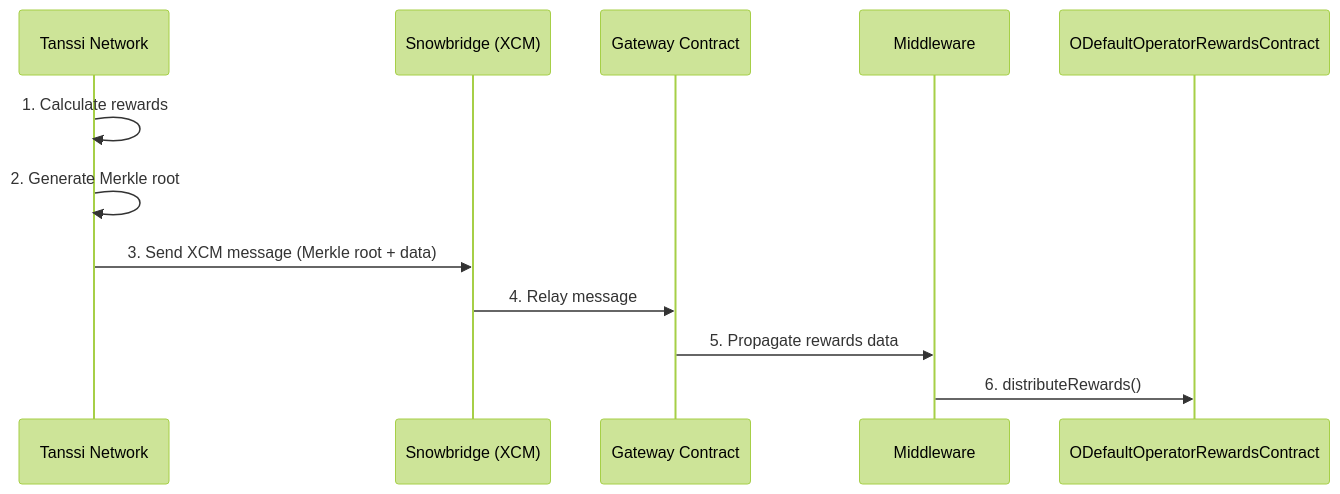
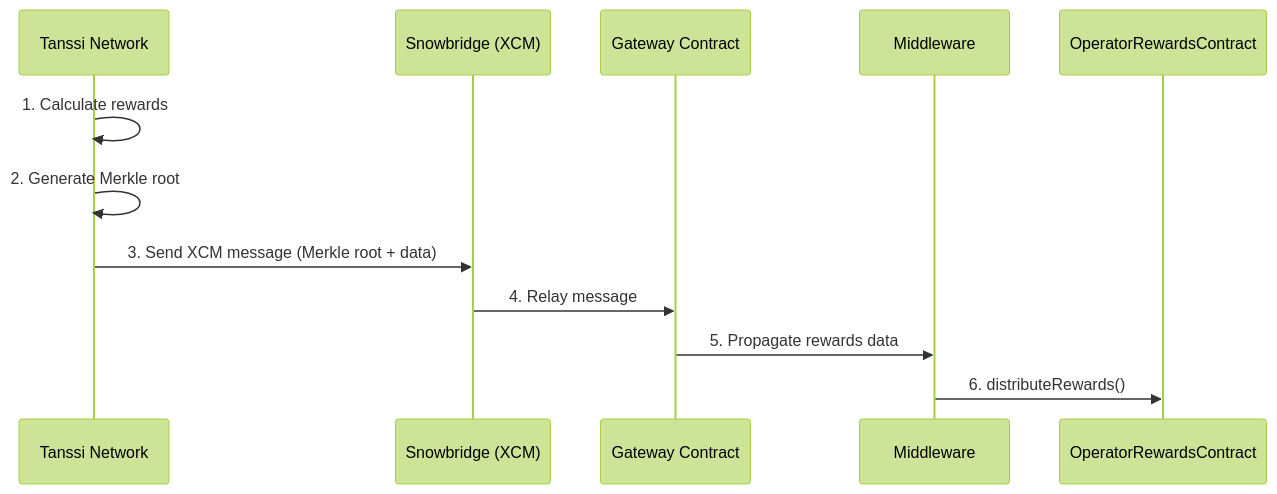
The third of 4 diagrams in learn/tanssi/external-security-providers/symbiotic.md (moondance-labs/tanssi-docs), drawn with Mermaid (forest theme) before and after one commit. The commit also changed other lines of this file, not shown here.

Commit message:
docs: rework the rewards docs

````diff
--- a/learn/tanssi/external-security-providers/symbiotic.md
+++ b/learn/tanssi/external-security-providers/symbiotic.md
@@ -134,15 +133,15 @@
 ```mermaid
 sequenceDiagram
     participant Tanssi Network
     participant Snowbridge (XCM)
     participant Gateway Contract
     participant Middleware
-    participant ODefaultOperatorRewardsContract
+    participant OperatorRewardsContract
 
     Tanssi Network->>Tanssi Network: 1. Calculate rewards
     Tanssi Network->>Tanssi Network: 2. Generate Merkle root
     Tanssi Network->>Snowbridge (XCM): 3. Send XCM message (Merkle root + data)
     Snowbridge (XCM)->>Gateway Contract: 4. Relay message
     Gateway Contract->>Middleware: 5. Propagate rewards data
-    Middleware->>ODefaultOperatorRewardsContract: 6. distributeRewards()
+    Middleware->>OperatorRewardsContract: 6. distributeRewards()
 ```
````
